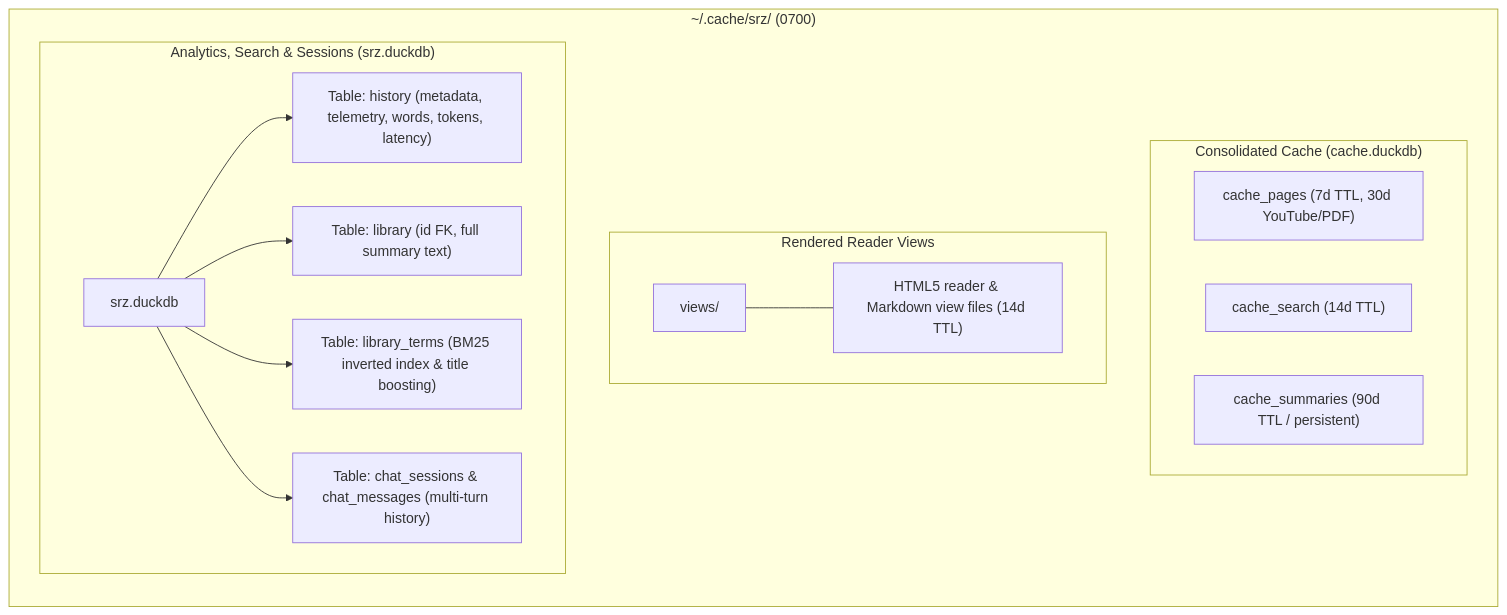
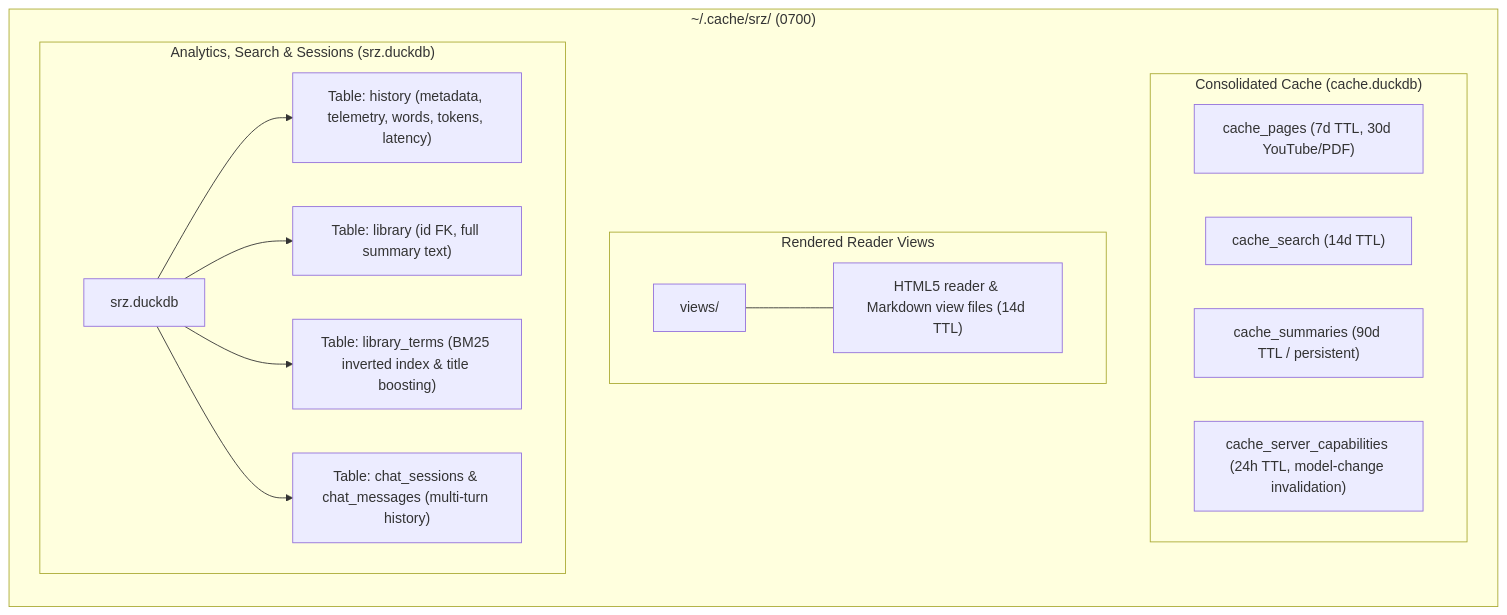
Before and after one commit to NewGuy012/srz: the second of 2 diagrams in book/src/architecture.md, drawn with Mermaid. The commit also changed other lines of this file and 6 other files, not shown here.

Commit message:
docs: document dynamic budgeting, native /tokenize, hardware steering, and architecture

````diff
--- a/book/src/architecture.md
+++ b/book/src/architecture.md
@@ -77,20 +80,21 @@
 ```mermaid
 graph LR
     subgraph CacheRoot["~/.cache/srz/ (0700)"]
         subgraph CacheEngine["Consolidated Cache (cache.duckdb)"]
             CP["cache_pages (7d TTL, 30d YouTube/PDF)"]
             CS["cache_search (14d TTL)"]
             CM["cache_summaries (90d TTL / persistent)"]
+            CC["cache_server_capabilities (24h TTL, model-change invalidation)"]
         end
         subgraph ViewsDir["Rendered Reader Views"]
             V["views/"] --- V_desc["HTML5 reader & Markdown view files (14d TTL)"]
         end
         subgraph LibraryDB["Analytics, Search & Sessions (srz.duckdb)"]
             D["srz.duckdb"]
             D --> T1["Table: history (metadata, telemetry, words, tokens, latency)"]
             D --> T2["Table: library (id FK, full summary text)"]
             D --> T3["Table: library_terms (BM25 inverted index & title boosting)"]
             D --> T4["Table: chat_sessions & chat_messages (multi-turn history)"]
         end
     end
 ```
````
